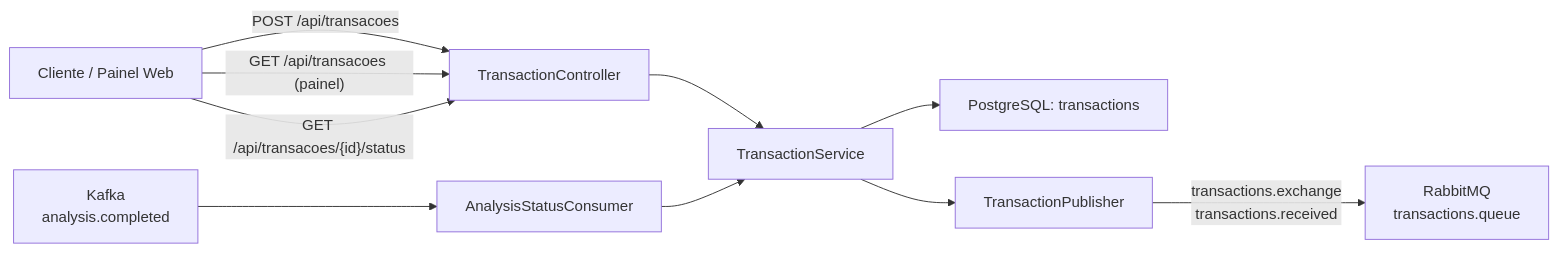
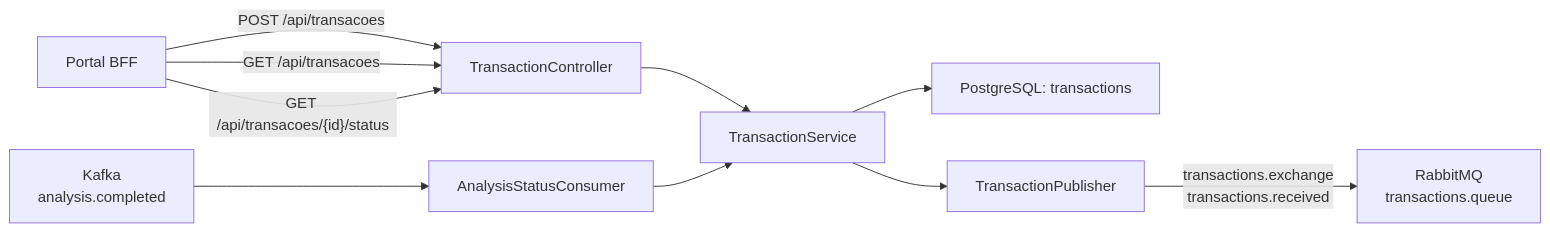
The diagram in transaction-service/README.md (JTBCode86/antifraude-simplificado), drawn with Mermaid before and after one commit. The commit also changed other lines of this file and 48 other files, not shown here.

````diff
--- a/transaction-service/README.md
+++ b/transaction-service/README.md
@@ -11,12 +11,12 @@
 ```mermaid
 flowchart LR
-    Cliente["Cliente / Painel Web"] -->|"POST /api/transacoes"| API["TransactionController"]
+    Portal["Portal BFF"] -->|"POST /api/transacoes"| API["TransactionController"]
     API --> Service["TransactionService"]
     Service --> DB["PostgreSQL: transactions"]
     Service --> Publisher["TransactionPublisher"]
     Publisher -->|"transactions.exchange<br/>transactions.received"| Queue["RabbitMQ<br/>transactions.queue"]
     Kafka["Kafka<br/>analysis.completed"] --> StatusConsumer["AnalysisStatusConsumer"]
     StatusConsumer --> Service
-    Cliente -->|"GET /api/transacoes (painel)"| API
-    Cliente -->|"GET /api/transacoes/{id}/status"| API
+    Portal -->|"GET /api/transacoes"| API
+    Portal -->|"GET /api/transacoes/{id}/status"| API
 ```
````
